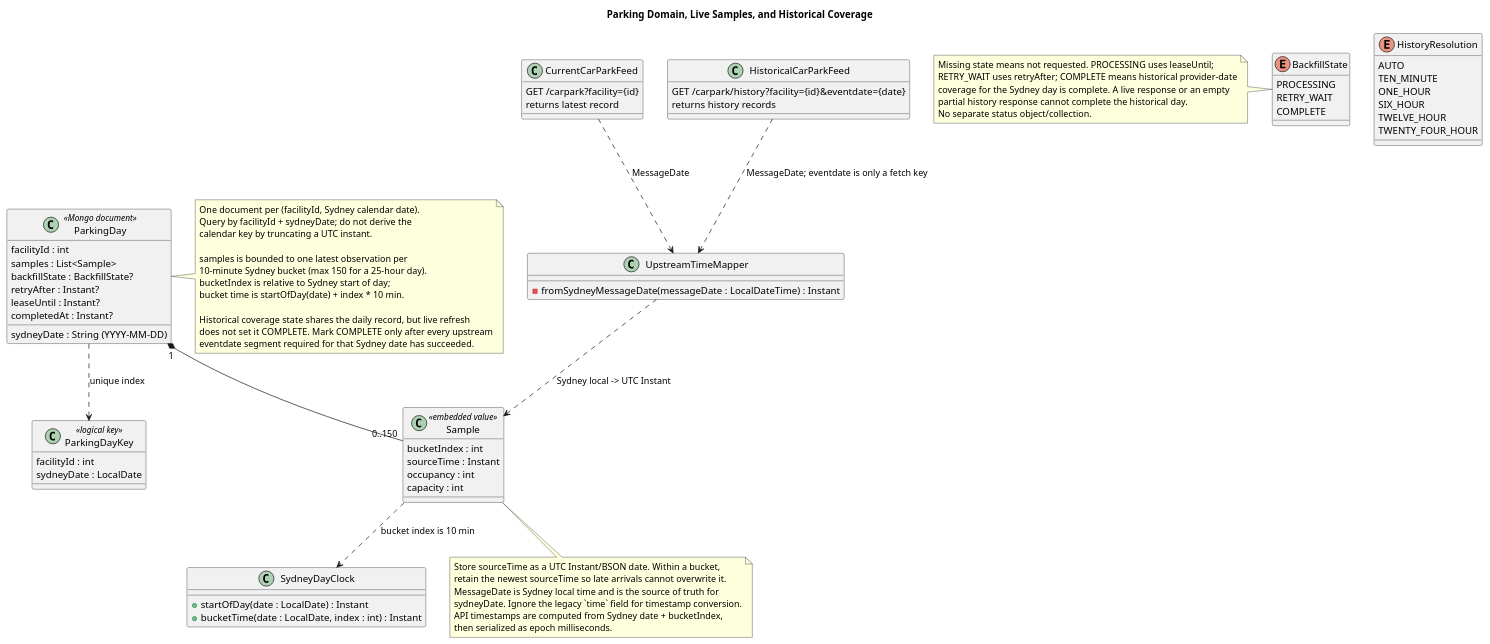
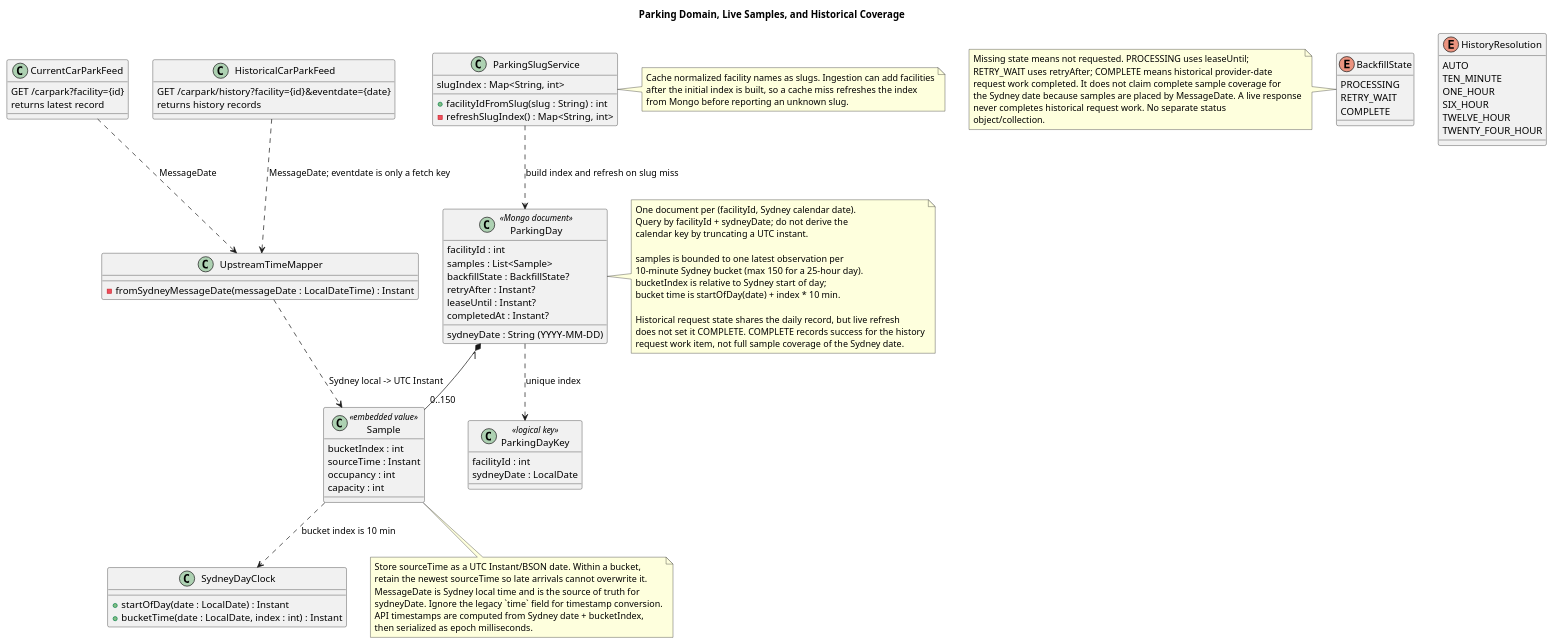
One commit to Ethan-Singh/metro-parking-web-service changed the diagram in domain/models/parking-domain.puml. Above: the diagram before and after it, drawn with PlantUML. The commit also changed 2 other files, not shown here.

Commit message:
docs: align parking models with message date and slug refresh

```diff
--- a/domain/models/parking-domain.puml
+++ b/domain/models/parking-domain.puml
@@ -1,99 +1,113 @@
 @startuml
 title Parking Domain, Live Samples, and Historical Coverage
 skinparam packageStyle rectangle
 
 enum HistoryResolution {
   AUTO
   TEN_MINUTE
   ONE_HOUR
   SIX_HOUR
   TWELVE_HOUR
   TWENTY_FOUR_HOUR
 }
 
 enum BackfillState {
   PROCESSING
   RETRY_WAIT
   COMPLETE
 }
 
 class ParkingDay <<Mongo document>> {
   facilityId : int
   sydneyDate : String (YYYY-MM-DD)
   samples : List<Sample>
   backfillState : BackfillState?
   retryAfter : Instant?
   leaseUntil : Instant?
   completedAt : Instant?
 }
 
 class Sample <<embedded value>> {
   bucketIndex : int
   sourceTime : Instant
   occupancy : int
   capacity : int
 }
 
 class ParkingDayKey <<logical key>> {
   facilityId : int
   sydneyDate : LocalDate
 }
 
 class SydneyDayClock {
   + startOfDay(date : LocalDate) : Instant
   + bucketTime(date : LocalDate, index : int) : Instant
 }
 
+class ParkingSlugService {
+  slugIndex : Map<String, int>
+  + facilityIdFromSlug(slug : String) : int
+  - refreshSlugIndex() : Map<String, int>
+}
+
 class UpstreamTimeMapper {
   - fromSydneyMessageDate(messageDate : LocalDateTime) : Instant
 }
 
 class CurrentCarParkFeed {
   GET /carpark?facility={id}
   returns latest record
 }
 
 class HistoricalCarParkFeed {
   GET /carpark/history?facility={id}&eventdate={date}
   returns history records
 }
 
 ParkingDay "1" *-- "0..150" Sample
 ParkingDay ..> ParkingDayKey : unique index
 Sample ..> SydneyDayClock : bucket index is 10 min
+ParkingSlugService ..> ParkingDay : build index and refresh on slug miss
 CurrentCarParkFeed ..> UpstreamTimeMapper : MessageDate
 HistoricalCarParkFeed ..> UpstreamTimeMapper : MessageDate; eventdate is only a fetch key
 UpstreamTimeMapper ..> Sample : Sydney local -> UTC Instant
 
 note right of ParkingDay
   One document per (facilityId, Sydney calendar date).
   Query by facilityId + sydneyDate; do not derive the
   calendar key by truncating a UTC instant.
 
   samples is bounded to one latest observation per
   10-minute Sydney bucket (max 150 for a 25-hour day).
   bucketIndex is relative to Sydney start of day;
   bucket time is startOfDay(date) + index * 10 min.
 
-  Historical coverage state shares the daily record, but live refresh
-  does not set it COMPLETE. Mark COMPLETE only after every upstream
-  eventdate segment required for that Sydney date has succeeded.
+  Historical request state shares the daily record, but live refresh
+  does not set it COMPLETE. COMPLETE records success for the history
+  request work item, not full sample coverage of the Sydney date.
 end note
 
 note bottom of Sample
   Store sourceTime as a UTC Instant/BSON date. Within a bucket,
   retain the newest sourceTime so late arrivals cannot overwrite it.
   MessageDate is Sydney local time and is the source of truth for
   sydneyDate. Ignore the legacy `time` field for timestamp conversion.
   API timestamps are computed from Sydney date + bucketIndex,
   then serialized as epoch milliseconds.
 end note
 
 note left of BackfillState
   Missing state means not requested. PROCESSING uses leaseUntil;
   RETRY_WAIT uses retryAfter; COMPLETE means historical provider-date
-  coverage for the Sydney day is complete. A live response or an empty
-  partial history response cannot complete the historical day.
-  No separate status object/collection.
+  request work completed. It does not claim complete sample coverage for
+  the Sydney date because samples are placed by MessageDate. A live response
+  never completes historical request work. No separate status
+  object/collection.
+end note
+
+note right of ParkingSlugService
+  Cache normalized facility names as slugs. Ingestion can add facilities
+  after the initial index is built, so a cache miss refreshes the index
+  from Mongo before reporting an unknown slug.
 end note
 @enduml
```
